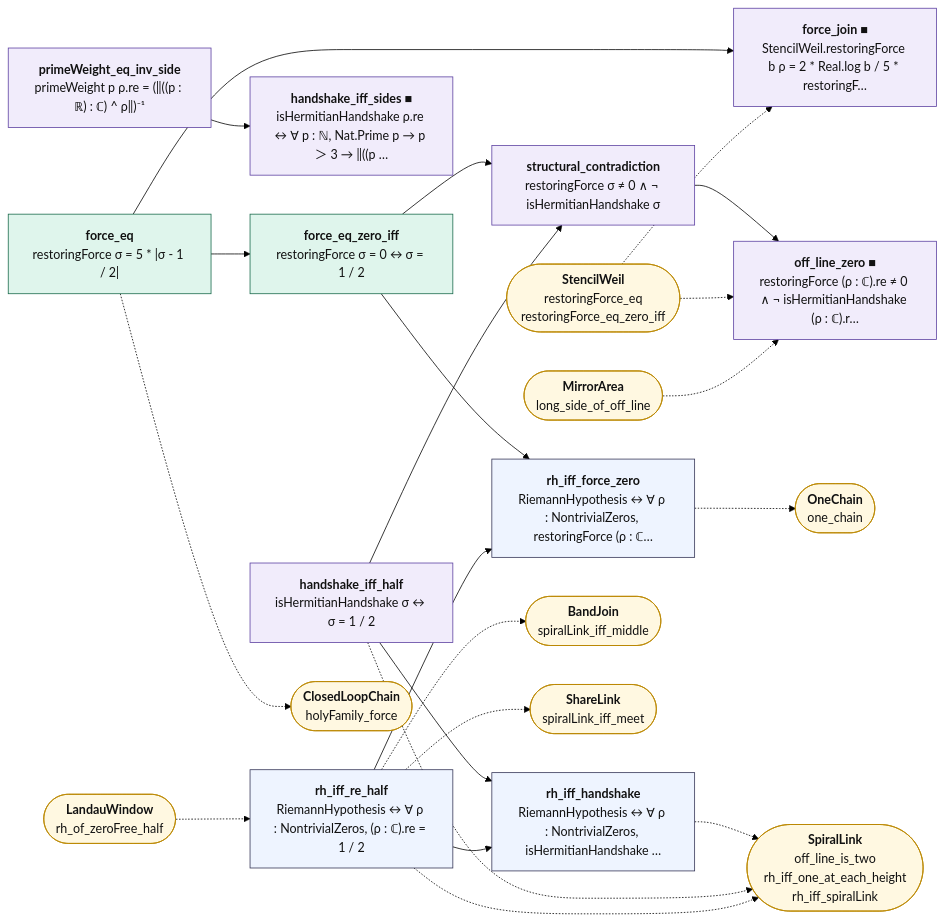
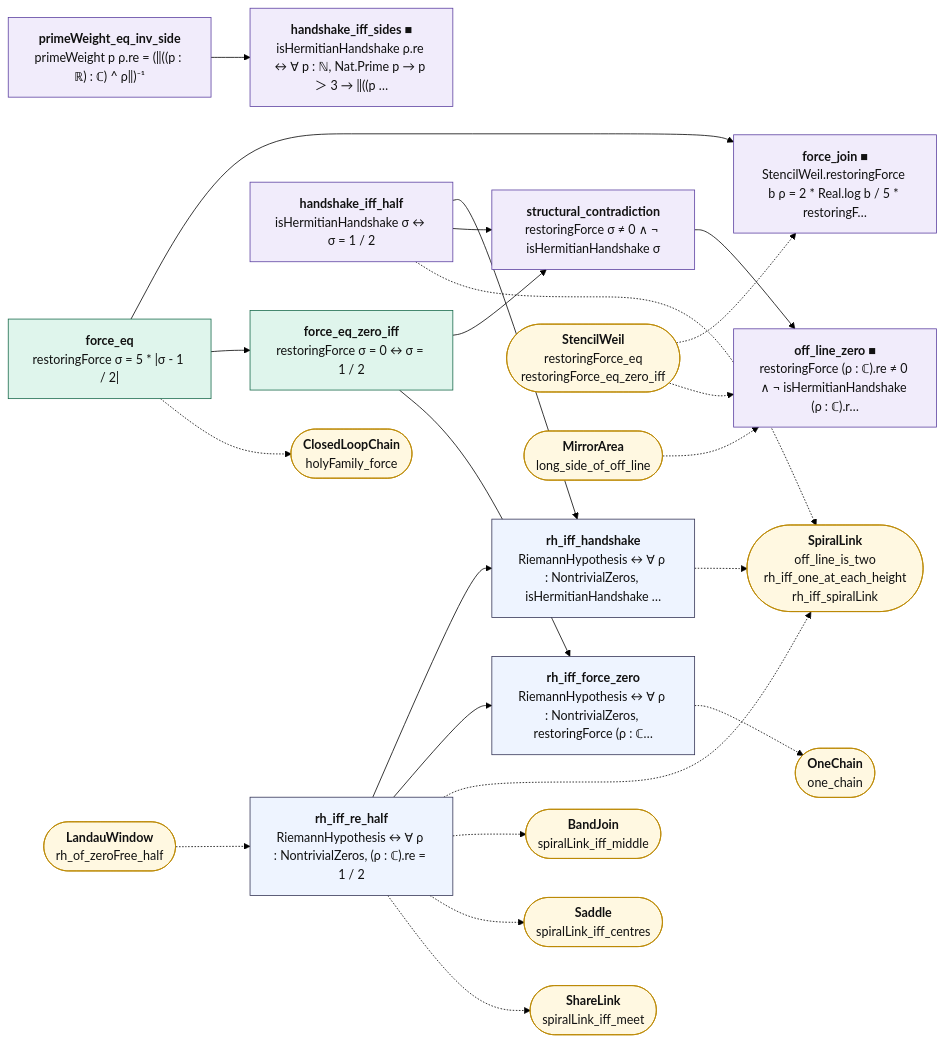
The diagram in map/lean_stage3/ClosedLoopJoin.mmd (juliansambranojr/Primebeat_081426), drawn with Mermaid (forest theme) before and after one commit. The commit also changed 38 other files, not shown here.

```diff
--- a/map/lean_stage3/ClosedLoopJoin.mmd
+++ b/map/lean_stage3/ClosedLoopJoin.mmd
@@ -1,49 +1,51 @@
 flowchart LR
   n0["<b>force_eq</b><br/>restoringForce σ = 5 * |σ - 1 / 2|"]:::cnt
   n1["<b>force_join ■</b><br/>StencilWeil.restoringForce b ρ = 2 * Real.log b / 5 * restoringF…"]:::shp
   n2["<b>force_eq_zero_iff</b><br/>restoringForce σ = 0 ↔ σ = 1 / 2"]:::cnt
   n3["<b>primeWeight_eq_inv_side</b><br/>primeWeight p ρ.re = (‖((p : ℝ) : ℂ) ^ ρ‖)⁻¹"]:::shp
   n4["<b>handshake_iff_sides ■</b><br/>isHermitianHandshake ρ.re ↔ ∀ p : ℕ, Nat.Prime p → p ＞ 3 → ‖((p …"]:::shp
   n5["<b>handshake_iff_half</b><br/>isHermitianHandshake σ ↔ σ = 1 / 2"]:::shp
   n6["<b>structural_contradiction</b><br/>restoringForce σ ≠ 0 ∧ ¬ isHermitianHandshake σ"]:::shp
   n7["<b>off_line_zero ■</b><br/>restoringForce (ρ : ℂ).re ≠ 0 ∧ ¬ isHermitianHandshake (ρ : ℂ).r…"]:::shp
   n8["<b>rh_iff_re_half</b><br/>RiemannHypothesis ↔ ∀ ρ : NontrivialZeros, (ρ : ℂ).re = 1 / 2"]:::thm
   n9["<b>rh_iff_force_zero</b><br/>RiemannHypothesis ↔ ∀ ρ : NontrivialZeros, restoringForce (ρ : ℂ…"]:::thm
   n10["<b>rh_iff_handshake</b><br/>RiemannHypothesis ↔ ∀ ρ : NontrivialZeros, isHermitianHandshake …"]:::thm
   x0(["<b>ClosedLoopChain</b><br/>holyFamily_force"]):::ext
   x1(["<b>StencilWeil</b><br/>restoringForce_eq<br/>restoringForce_eq_zero_iff"]):::ext
   x2(["<b>SpiralLink</b><br/>off_line_is_two<br/>rh_iff_one_at_each_height<br/>rh_iff_spiralLink"]):::ext
   x3(["<b>MirrorArea</b><br/>long_side_of_off_line"]):::ext
   x4(["<b>LandauWindow</b><br/>rh_of_zeroFree_half"]):::ext
   x5(["<b>BandJoin</b><br/>spiralLink_iff_middle"]):::ext
-  x6(["<b>ShareLink</b><br/>spiralLink_iff_meet"]):::ext
-  x7(["<b>OneChain</b><br/>one_chain"]):::ext
+  x6(["<b>Saddle</b><br/>spiralLink_iff_centres"]):::ext
+  x7(["<b>ShareLink</b><br/>spiralLink_iff_meet"]):::ext
+  x8(["<b>OneChain</b><br/>one_chain"]):::ext
   n0 --> n1
   n0 --> n2
   n2 --> n6
   n2 --> n9
   n3 --> n4
   n5 --> n10
   n5 --> n6
   n6 --> n7
   n8 --> n10
   n8 --> n9
   n0 -.-> x0
   n10 -.-> x2
   n5 -.-> x2
   n8 -.-> x2
   n8 -.-> x5
   n8 -.-> x6
-  n9 -.-> x7
+  n8 -.-> x7
+  n9 -.-> x8
   x1 -.-> n1
   x1 -.-> n7
   x3 -.-> n7
   x4 -.-> n8
   classDef cnt fill:#dff5ec,stroke:#17694a,color:#111
   classDef shp fill:#f1ecfb,stroke:#5b3fa0,color:#111
   classDef rh fill:#ffe5e5,stroke:#c22,color:#111,stroke-width:2px
   classDef thm fill:#eef4ff,stroke:#335,color:#111
   classDef end_ fill:#e7f7e7,stroke:#2a7,color:#111,stroke-width:2px
   classDef lone fill:#fff,stroke:#999,color:#111,stroke-dasharray:4 3
   classDef bad fill:#ffe5e5,stroke:#c22,color:#111,stroke-width:2px
   classDef ext fill:#fff8e1,stroke:#b80,color:#111
```
